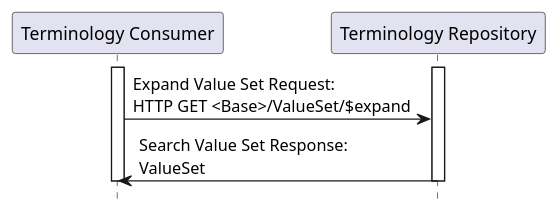
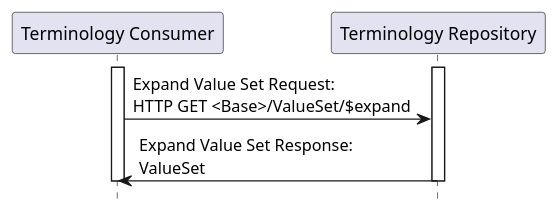
Before and after one commit to IHE/ITI.SVCM: the diagram in input/images-source/ITI-97-seq.plantuml, drawn with PlantUML. The commit also changed 2 other files, not shown here.

Commit message:
Fixed typos in plantuml.  Added in capability statements for actors.

```diff
--- a/input/images-source/ITI-97-seq.plantuml
+++ b/input/images-source/ITI-97-seq.plantuml
@@ -1,12 +1,12 @@
 @startuml
 hide footbox
 
 participant "Terminology Consumer" as Client
 participant "Terminology Repository" as Server
 activate Client
 activate Server
 Client -> Server : Expand Value Set Request:\nHTTP GET <Base>/ValueSet/$expand
-Server -> Client : Search Value Set Response:\nValueSet
+Server -> Client : Expand Value Set Response:\nValueSet
 deactivate Client
 deactivate Server
 @enduml
```
